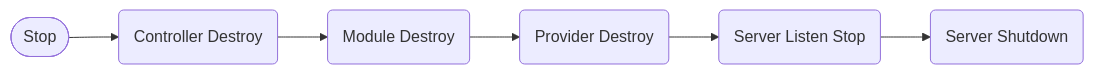
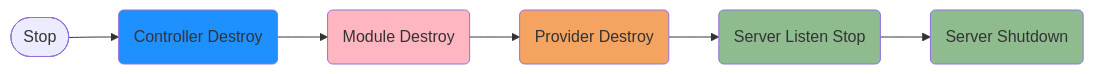
The second of 4 diagrams in docs/framework/lifecycle.md (peque-ts/website), drawn with Mermaid before and after one commit. The commit also changed other lines of this file and 28 other files, not shown here.

Commit message:
chore: replace diagrams with mermaid

````diff
--- a/docs/framework/lifecycle.md
+++ b/docs/framework/lifecycle.md
@@ -21,8 +26,13 @@
 ```mermaid
 graph LR
-  STOP([Stop]) --> C(Controller Destroy)
-  C --> M(Module Destroy)
-  M --> P(Provider Destroy)
-  P --> SL(Server Listen Stop)
-  SL --> SS(Server Shutdown)
+  STOP([Stop]) --> C(Controller Destroy):::controller
+  C --> M(Module Destroy):::module
+  M --> P(Provider Destroy):::service
+  P --> SL(Server Listen Stop):::server
+  SL --> SS(Server Shutdown):::server
+
+  classDef server fill:DarkSeaGreen
+  classDef module fill:LightPink
+  classDef controller fill:DodgerBlue
+  classDef service fill:SandyBrown
 ```
````
